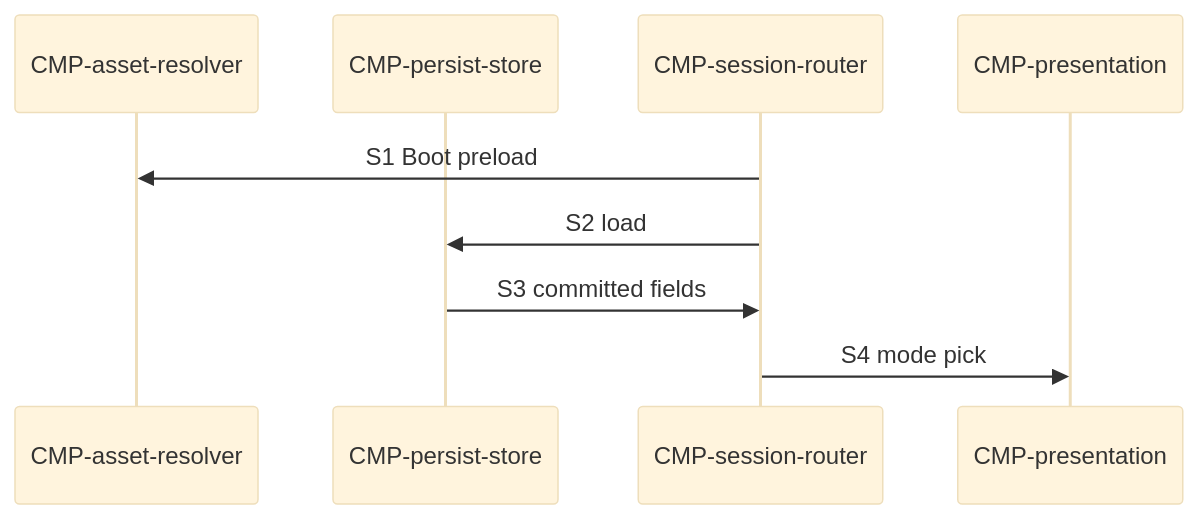
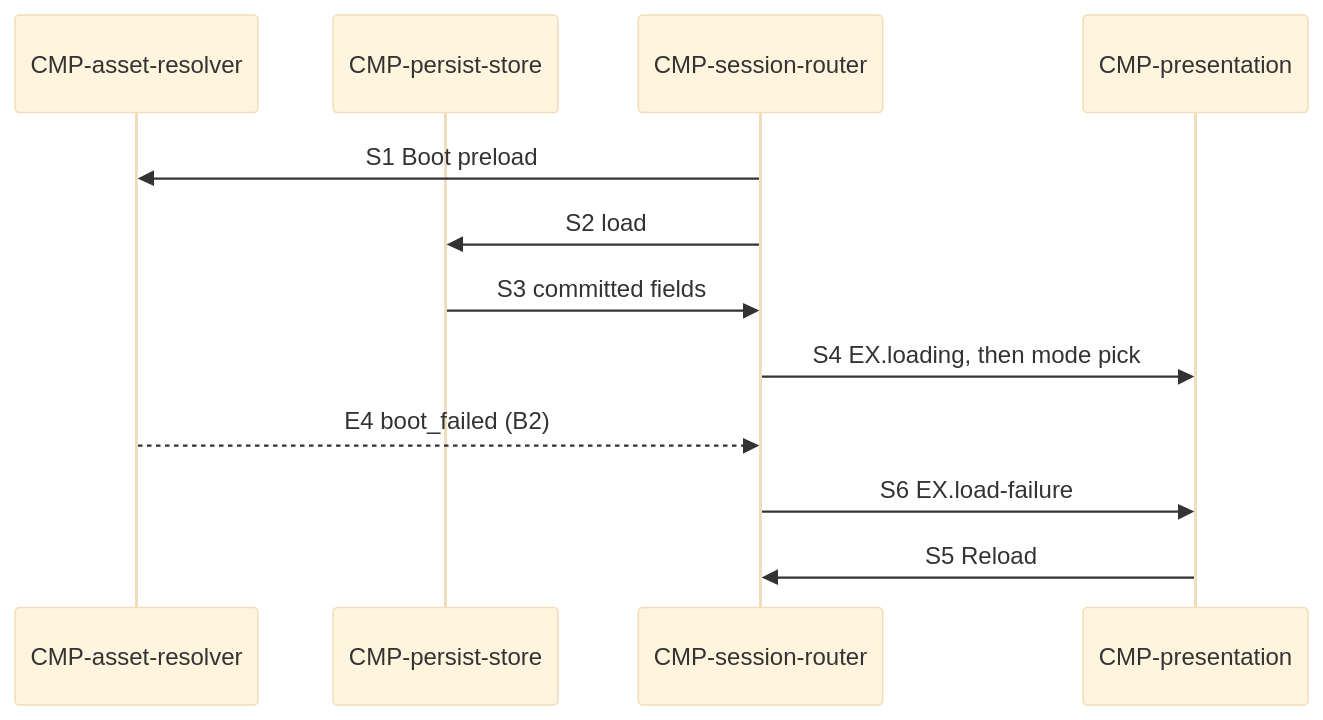
Before and after one commit to waigore/simplechessv2: the diagram in specs/technical/sequences/cold-open.md, drawn with Mermaid (base theme). The commit also changed other lines of this file and 14 other files, not shown here.

First line of the commit message:
Leave EX.loading for EX.load-failure when Boot assets fail (#882)

````diff
--- a/specs/technical/sequences/cold-open.md
+++ b/specs/technical/sequences/cold-open.md
@@ -35,11 +37,14 @@
 ```mermaid
 sequenceDiagram
   participant AR as CMP-asset-resolver
   participant PS as CMP-persist-store
   participant SR as CMP-session-router
   participant V as CMP-presentation
   SR->>AR: S1 Boot preload
   SR->>PS: S2 load
   PS->>SR: S3 committed fields
-  SR->>V: S4 mode pick
+  SR->>V: S4 EX.loading, then mode pick
+  AR-->>SR: E4 boot_failed (B2)
+  SR->>V: S6 EX.load-failure
+  V->>SR: S5 Reload
 ```
````
